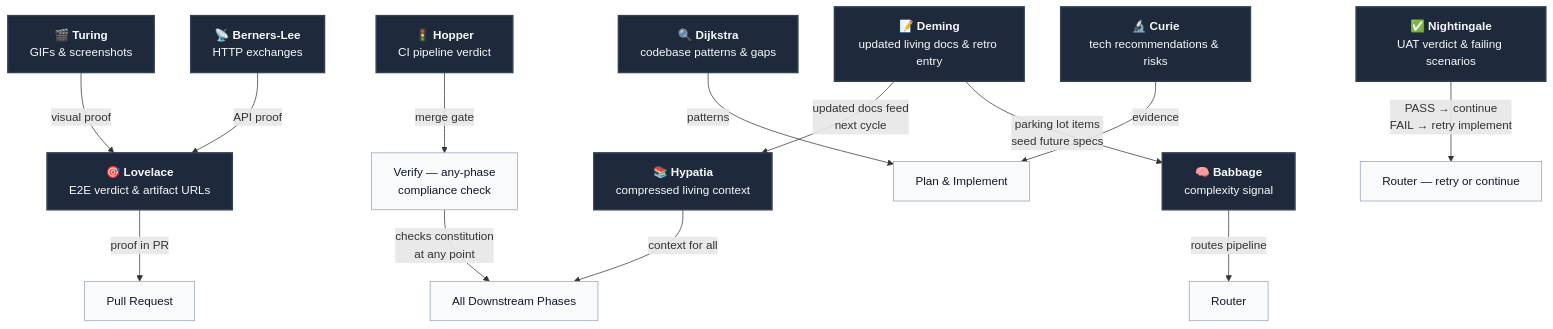
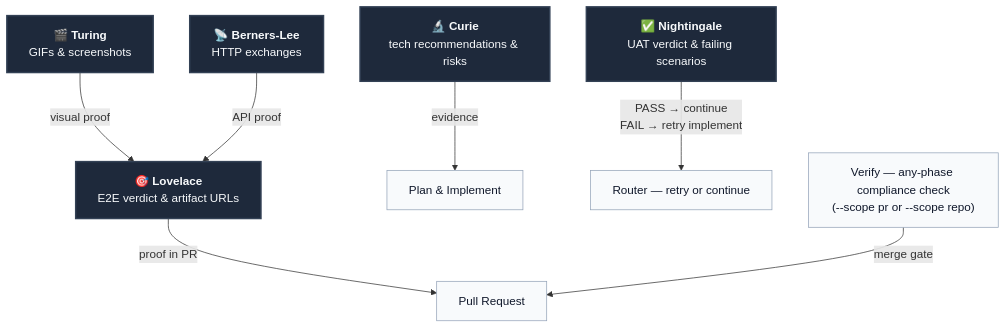
Before and after one commit to ranvirsingh/speckit: the fourth of 4 diagrams in README.md, drawn with Mermaid. The commit also changed other lines of this file and 39 other files, not shown here.

````diff
--- a/README.md
+++ b/README.md
@@ -337,32 +290,21 @@
 ```mermaid
 flowchart TD
-  BA["🧠 <b>Babbage</b><br/>complexity signal"]
-  HY["📚 <b>Hypatia</b><br/>compressed living context"]
-  DJ["🔍 <b>Dijkstra</b><br/>codebase patterns &amp; gaps"]
   CU["🔬 <b>Curie</b><br/>tech recommendations &amp; risks"]
   NG["✅ <b>Nightingale</b><br/>UAT verdict &amp; failing scenarios"]
   LV["🎯 <b>Lovelace</b><br/>E2E verdict &amp; artifact URLs"]
   TU["🎬 <b>Turing</b><br/>GIFs &amp; screenshots"]
   BL["📡 <b>Berners-Lee</b><br/>HTTP exchanges"]
-  HP["🚦 <b>Hopper</b><br/>CI pipeline verdict"]
-  DM["📝 <b>Deming</b><br/>updated living docs &amp; retro entry"]
 
-  BA --> |"routes pipeline"| ROUTER["Router"]
-  HY --> |"context for all"| ALL["All Downstream Phases"]
-  DJ --> |"patterns"| PLAN_IMPL["Plan &amp; Implement"]
-  CU --> |"evidence"| PLAN_IMPL
-  NG --> |"PASS → continue<br/>FAIL → retry implement"| ROUTER2["Router — retry or continue"]
+  CU --> |"evidence"| PLAN_IMPL["Plan &amp; Implement"]
+  NG --> |"PASS → continue<br/>FAIL → retry implement"| ROUTER["Router — retry or continue"]
   LV --> |"proof in PR"| PR["Pull Request"]
   TU --> |"visual proof"| LV
   BL --> |"API proof"| LV
-  HP --> |"merge gate"| VERIFY["Verify — any-phase<br/>compliance check"]
-  DM --> |"updated docs feed<br/>next cycle"| HY
-  DM --> |"parking lot items<br/>seed future specs"| BA
-  VERIFY --> |"checks constitution<br/>at any point"| ALL
+  VERIFY["Verify — any-phase compliance check<br/>(--scope pr or --scope repo)"] --> |"merge gate"| PR
 
   classDef agent fill:#1e293b,color:#f8fafc,stroke:#334155,stroke-width:2px;
   classDef target fill:#f8fafc,color:#0f172a,stroke:#94a3b8,stroke-width:1px;
 
-  class BA,HY,DJ,CU,NG,LV,TU,BL,HP,DM agent;
-  class ROUTER,ALL,PLAN_IMPL,ROUTER2,PR,VERIFY target;
+  class CU,NG,LV,TU,BL agent;
+  class ROUTER,PLAN_IMPL,PR,VERIFY target;
 ```
````
